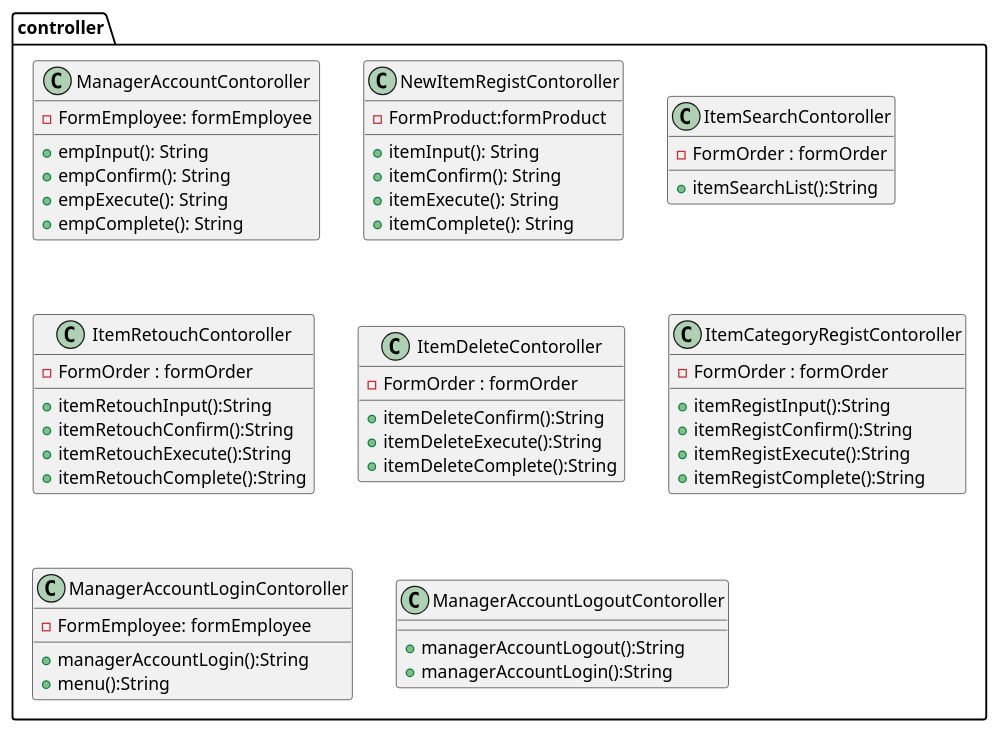
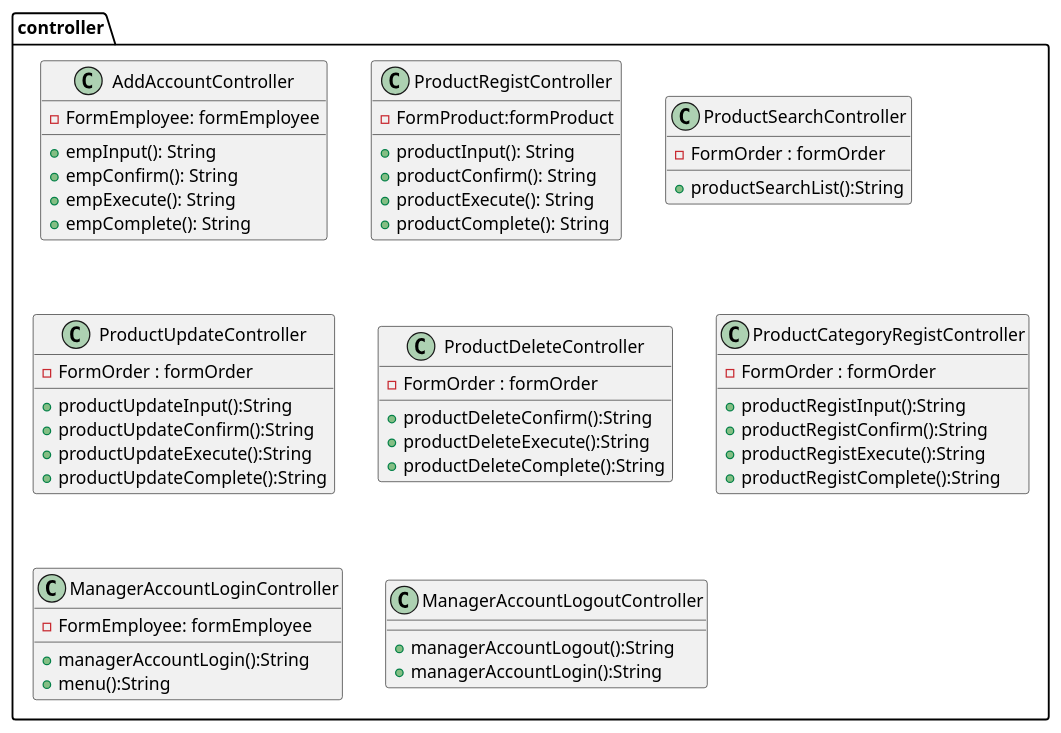
Before and after one commit to kanavii3333/ec-b: the diagram in plan/uml/class/controller.plantuml, drawn with PlantUML. The commit also changed 1 other file, not shown here.

Commit message:
config/controller.plantuml

```diff
--- a/plan/uml/class/controller.plantuml
+++ b/plan/uml/class/controller.plantuml
@@ -1,55 +1,55 @@
 package controller{
-    class ManagerAccountContoroller{
+    class AddAccountController{
         -FormEmployee: formEmployee
         + empInput(): String
         + empConfirm(): String
         + empExecute(): String
         + empComplete(): String
         
     }
-    class NewItemRegistContoroller{
+    class ProductRegistController{
     	- FormProduct:formProduct
-        + itemInput(): String
-        + itemConfirm(): String
-        + itemExecute(): String
-        + itemComplete(): String
+        + productInput(): String
+        + productConfirm(): String
+        + productExecute(): String
+        + productComplete(): String
     }
-    class ItemSearchContoroller{
+    class ProductSearchController{
     	- FormOrder : formOrder
-    	+ itemSearchList():String
+    	+ productSearchList():String
     	
       
         
     }
-    class ItemRetouchContoroller{
+    class ProductUpdateController{
         - FormOrder : formOrder
-        + itemRetouchInput():String
-        + itemRetouchConfirm():String
-        + itemRetouchExecute():String
-    	+ itemRetouchComplete():String
+        + productUpdateInput():String
+        + productUpdateConfirm():String
+        + productUpdateExecute():String
+    	+ productUpdateComplete():String
         
     }
-    class ItemDeleteContoroller{
+    class ProductDeleteController{
     	- FormOrder : formOrder
-        + itemDeleteConfirm():String
-        + itemDeleteExecute():String
-    	+ itemDeleteComplete():String
+        + productDeleteConfirm():String
+        + productDeleteExecute():String
+    	+ productDeleteComplete():String
     }
-    class ItemCategoryRegistContoroller{
+    class ProductCategoryRegistController{
         - FormOrder : formOrder
-        + itemRegistInput():String
-        + itemRegistConfirm():String
-        + itemRegistExecute():String
-    	+ itemRegistComplete():String
+        + productRegistInput():String
+        + productRegistConfirm():String
+        + productRegistExecute():String
+    	+ productRegistComplete():String
     }
-    class ManagerAccountLoginContoroller{
+    class ManagerAccountLoginController{
         -FormEmployee: formEmployee
         + managerAccountLogin():String
         + menu():String
     }
-    class ManagerAccountLogoutContoroller{
+    class ManagerAccountLogoutController{
         + managerAccountLogout():String
         + managerAccountLogin():String
         
     }
 }
```
